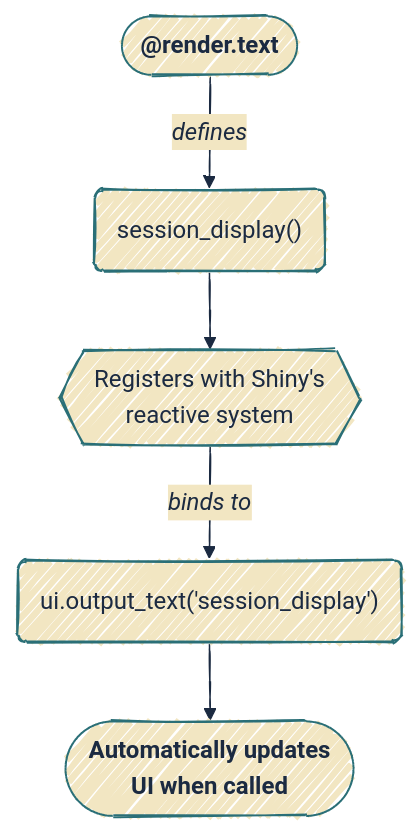
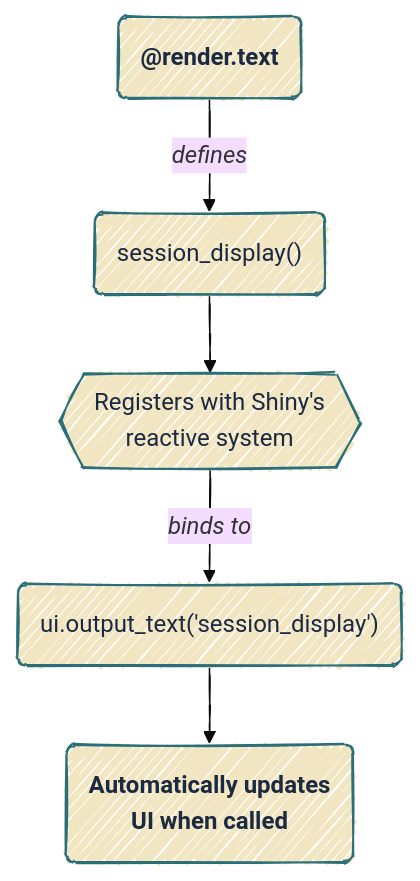
One commit to mjfrigaard/do4ds-labs changed the third of 15 diagrams in app-log-py.qmd. Above: the diagram before and after it, drawn with Mermaid. The commit also changed other lines of this file and 37 other files, not shown here.

Commit message:
updates to mermaid

````diff
--- a/app-log-py.qmd
+++ b/app-log-py.qmd
@@ -312,16 +320,17 @@
 ```{mermaid}
 %%| fig-cap: 'Session ID'
 %%| fig-width: 7.0
 %%| fig-align: center
-%%{init: {'theme': 'base', 'look': 'handDrawn', 'themeVariables': { 'fontFamily': 'monospace', 'primaryColor': '#F2E6C2', 'primaryBorderColor': '#2A6F77', 'primaryTextColor': '#1B2A41', 'secondaryColor': '#d4e7e4', 'tertiaryColor': '#f5f0e4', 'lineColor': '#1B2A41', 'edgeLabelBackground': '#F2E6C2'}}}%%
+%%{init: {'theme': 'base', 'look': 'handDrawn', 'themeVariables': {'fontFamily': 'monospace'}}}%%
 
 graph TB
-    Decorator(["<strong>@render.text</strong>"]) --"<em>defines</em>"--> Function("session_display()")
+    Decorator("<strong>@render.text</strong>") --"<em>defines</em>"--> Function("session_display()")
     Function --> Registration{{"Registers with Shiny's<br>reactive system"}}
     Registration --"<em>binds to</em>"--> UIBinding("ui.output_text('session_display')")
-    UIBinding --> AutoUpdate(["<strong>Automatically updates<br>UI when called</strong>"])
+    UIBinding --> AutoUpdate("<strong>Automatically updates<br>UI when called</strong>")
     
 
 	style Registration text-align:center
+    classDef default fill:#F2E6C2,stroke:#2A6F77,color:#1B2A41
 
 ```
````
